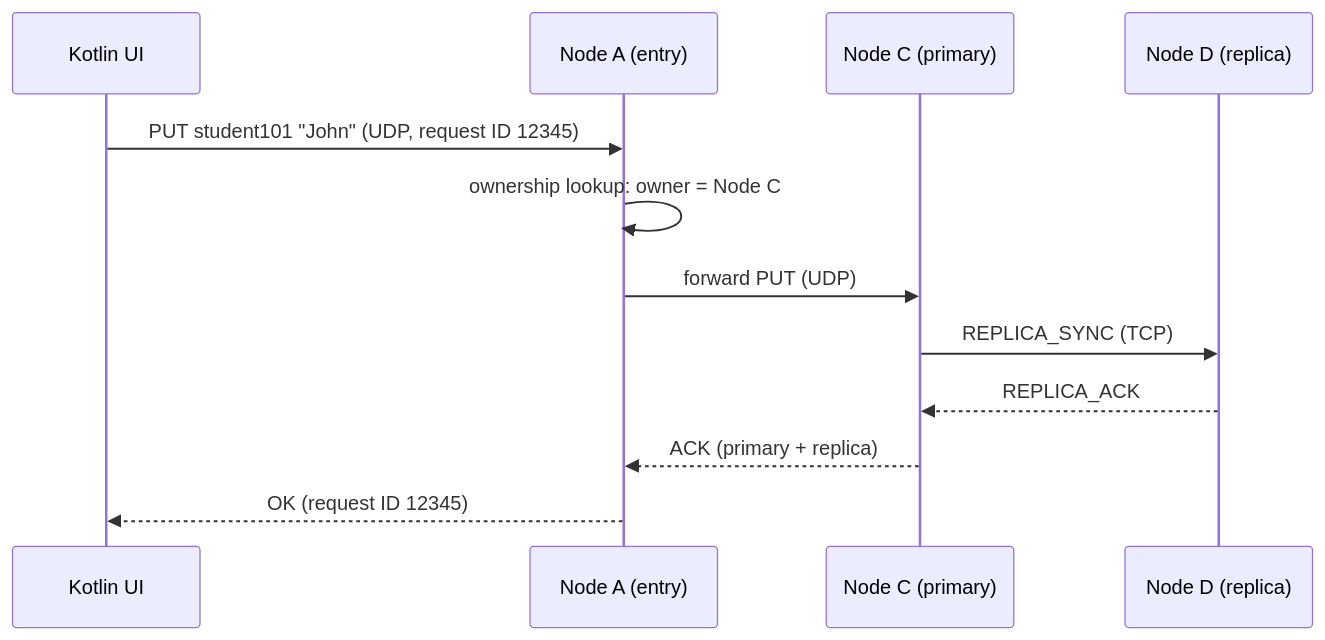
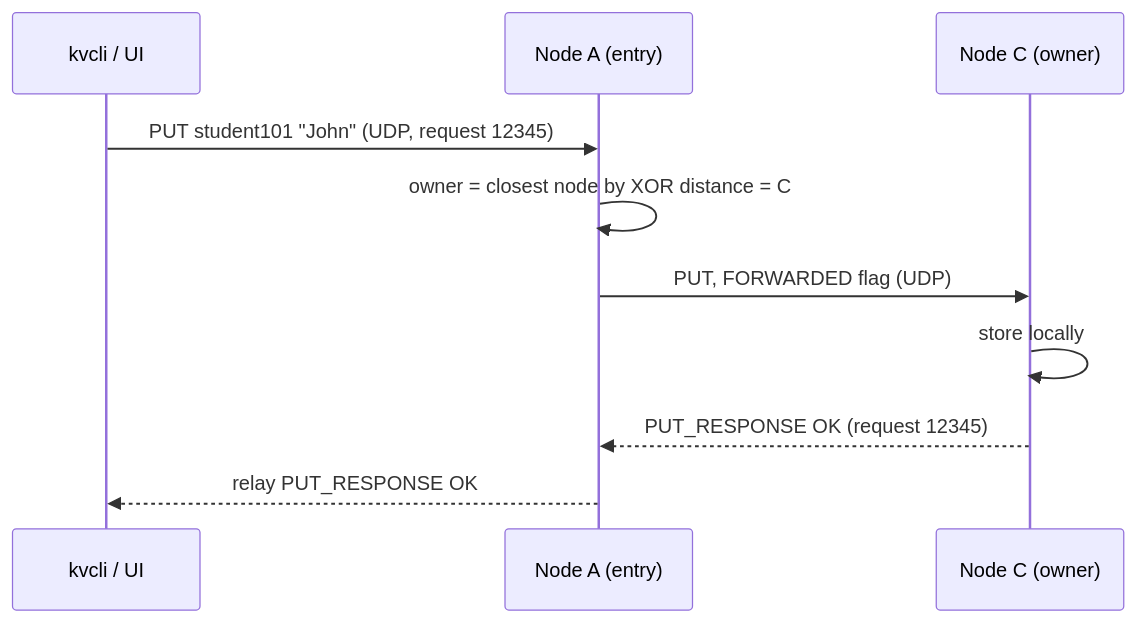
One commit to vasilev-anri/distributed_key-value_database changed the third of 4 diagrams in README.md. Above: the diagram before and after it, drawn with Mermaid. The commit also changed other lines of this file, not shown here.

````diff
--- a/README.md
+++ b/README.md
@@ -116,15 +120,13 @@
 ```mermaid
 sequenceDiagram
-    participant UI as Kotlin UI
+    participant Client as kvcli / UI
     participant A as Node A (entry)
-    participant C as Node C (primary)
-    participant D as Node D (replica)
+    participant C as Node C (owner)
 
-    UI->>A: PUT student101 "John" (UDP, request ID 12345)
-    A->>A: ownership lookup: owner = Node C
-    A->>C: forward PUT (UDP)
-    C->>D: REPLICA_SYNC (TCP)
-    D-->>C: REPLICA_ACK
-    C-->>A: ACK (primary + replica)
-    A-->>UI: OK (request ID 12345)
+    Client->>A: PUT student101 "John" (UDP, request 12345)
+    A->>A: owner = closest node by XOR distance = C
+    A->>C: PUT, FORWARDED flag (UDP)
+    C->>C: store locally
+    C-->>A: PUT_RESPONSE OK (request 12345)
+    A-->>Client: relay PUT_RESPONSE OK
 ```
````
